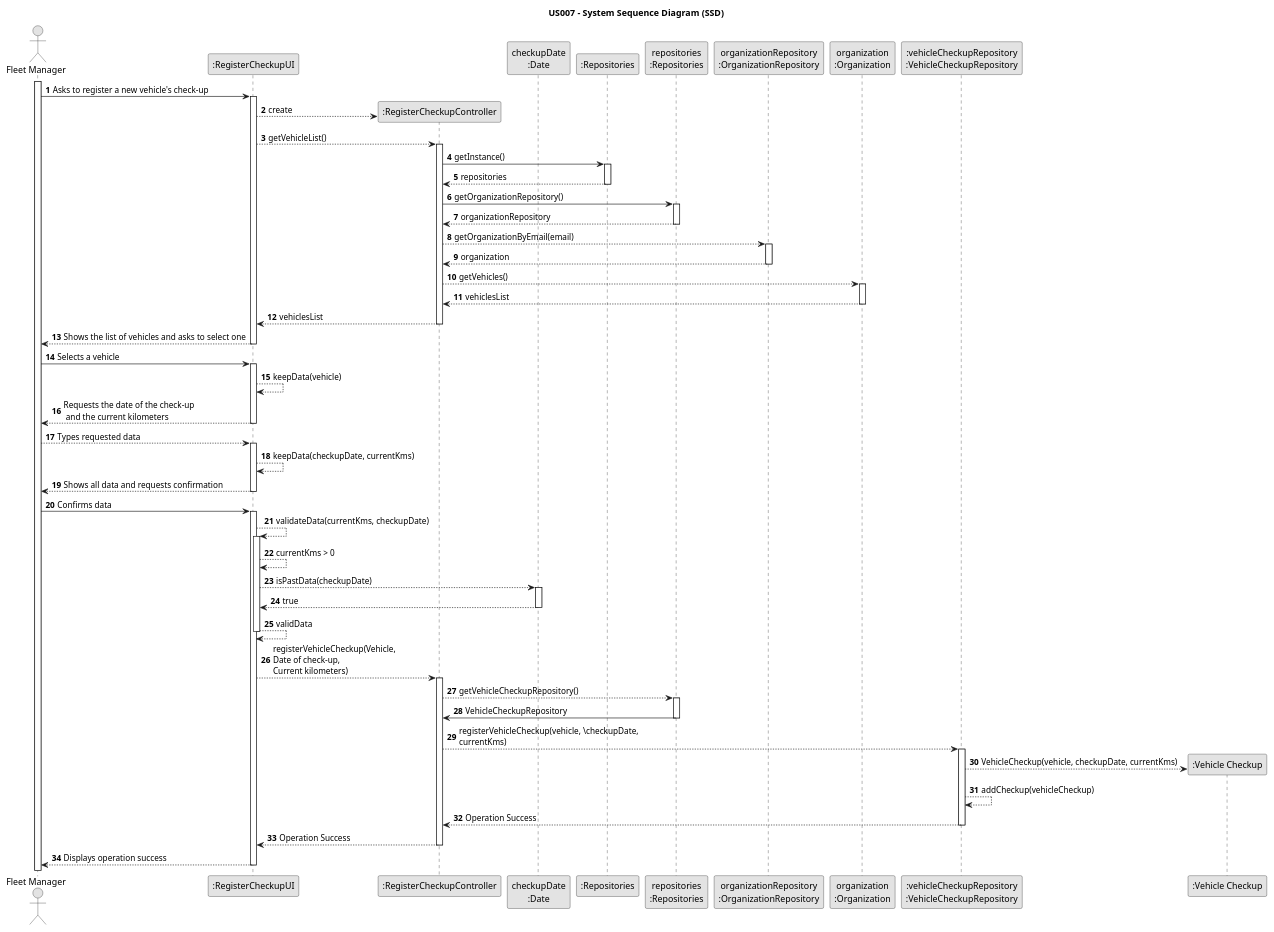
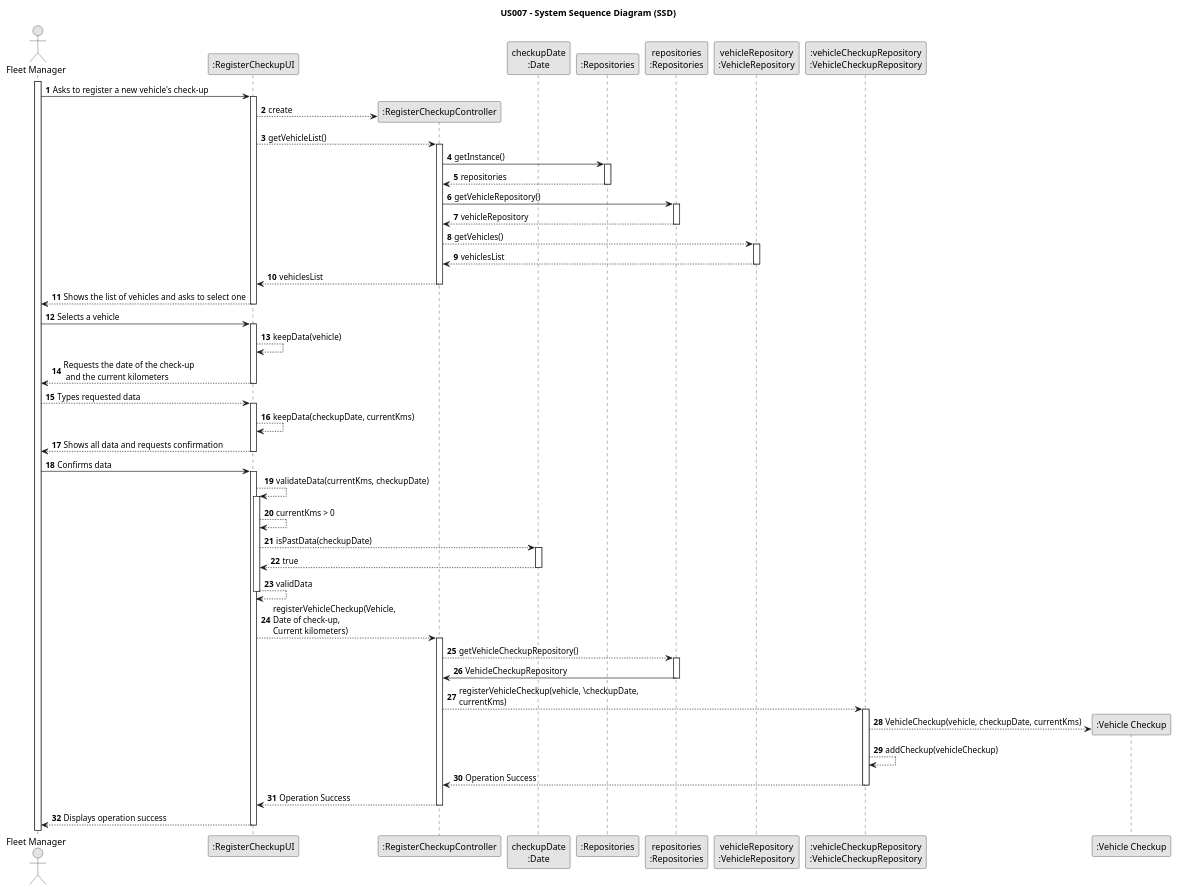
The diagram in docs/sprintB/us007/03.design/puml/us007-sequence-diagram-full.puml (Rui-San/LAPR2_2023_2024), drawn with PlantUML before and after one commit.

Commit message:
US007: removed organization from sequence Diagram

```diff
--- a/docs/sprintB/us007/03.design/puml/us007-sequence-diagram-full.puml
+++ b/docs/sprintB/us007/03.design/puml/us007-sequence-diagram-full.puml
@@ -1,113 +1,107 @@
 @startuml
 skinparam monochrome true
 skinparam packageStyle rectangle
 skinparam shadowing false
 
 title US007 - System Sequence Diagram (SSD)
 
 autonumber
 
 actor "Fleet Manager" as Employee
 participant ":RegisterCheckupUI" as UI
 participant ":RegisterCheckupController" as RCCtrl
 participant "checkupDate\n:Date" as Date
 'participant "taskCategoryRepository:\nTaskCategoryRepository" as TaskCategoryRepository
 'participant ":ApplicationSession" as _APP
 'participant "appSession\n:ApplicationSession" as APP
 'participant "currentSession\n:UserSession" as SESSAO
 'participant "vehicleRepository:\nVehicleRepository" as VehicleRepository
 participant ":Repositories" as RepositorySingleton
 participant "repositories\n:Repositories" as PLAT
-participant "organizationRepository\n:OrganizationRepository" as OrganizationRepository
-participant "organization\n:Organization" as Organization
+participant "vehicleRepository\n:VehicleRepository" as VehicleRepository
 participant ":vehicleCheckupRepository\n:VehicleCheckupRepository" as VCRepo
 'participant "organizationRepository:\nOrganizationRepository" as OrganizationRepository
 participant ":Vehicle Checkup" as VCheckup
 
 activate Employee
 
     Employee -> UI : Asks to register a new vehicle's check-up
     activate UI
 
         UI --> RCCtrl** : create
         UI --> RCCtrl : getVehicleList()
         activate RCCtrl
 
             RCCtrl -> RepositorySingleton : getInstance()
             activate RepositorySingleton
 
                 RepositorySingleton --> RCCtrl : repositories
             deactivate RepositorySingleton
-            RCCtrl -> PLAT : getOrganizationRepository()
+            RCCtrl -> PLAT : getVehicleRepository()
             activate PLAT
 
-                PLAT --> RCCtrl : organizationRepository
+                PLAT --> RCCtrl : vehicleRepository
             deactivate PLAT
-            RCCtrl --> OrganizationRepository : getOrganizationByEmail(email)
-            activate OrganizationRepository
+            RCCtrl --> VehicleRepository : getVehicles()
+            activate VehicleRepository
 
-                OrganizationRepository --> RCCtrl : organization
-            deactivate OrganizationRepository
-            RCCtrl --> Organization : getVehicles()
-            activate Organization
-
-                Organization --> RCCtrl : vehiclesList
-            deactivate Organization
+                VehicleRepository --> RCCtrl : vehiclesList
+            deactivate VehicleRepository
             RCCtrl --> UI : vehiclesList
         deactivate RCCtrl
 
         UI --> Employee : Shows the list of vehicles and asks to select one
     deactivate UI
 
     Employee -> UI : Selects a vehicle
     activate UI
 
         UI --> UI : keepData(vehicle)
         UI --> Employee : Requests the date of the check-up\n and the current kilometers
     deactivate UI
 
     Employee --> UI : Types requested data
     activate UI
 
         UI --> UI : keepData(checkupDate, currentKms)
         UI --> Employee : Shows all data and requests confirmation
     deactivate UI
 
     Employee -> UI : Confirms data
     activate UI
 
         UI --> UI : validateData(currentKms, checkupDate)
         activate UI
 
             UI --> UI : currentKms > 0
             UI --> Date : isPastData(checkupDate)
             activate Date
 
                 Date --> UI : true
             deactivate Date
             UI --> UI : validData
         deactivate UI
 
         UI --> RCCtrl : registerVehicleCheckup(Vehicle, \nDate of check-up, \nCurrent kilometers)
         activate RCCtrl
 
             RCCtrl --> PLAT : getVehicleCheckupRepository()
             activate PLAT
 
                 PLAT -> RCCtrl : VehicleCheckupRepository
             deactivate PLAT
             RCCtrl --> VCRepo : registerVehicleCheckup(vehicle, \checkupDate, \ncurrentKms)
             activate VCRepo
 
                 VCRepo --> VCheckup** : VehicleCheckup(vehicle, checkupDate, currentKms)
                 VCRepo --> VCRepo : addCheckup(vehicleCheckup)
                 VCRepo --> RCCtrl : Operation Success
             deactivate VCRepo
 
             RCCtrl --> UI : Operation Success
         deactivate RCCtrl
 
         UI --> Employee : Displays operation success
     deactivate UI
 
 @enduml
```
